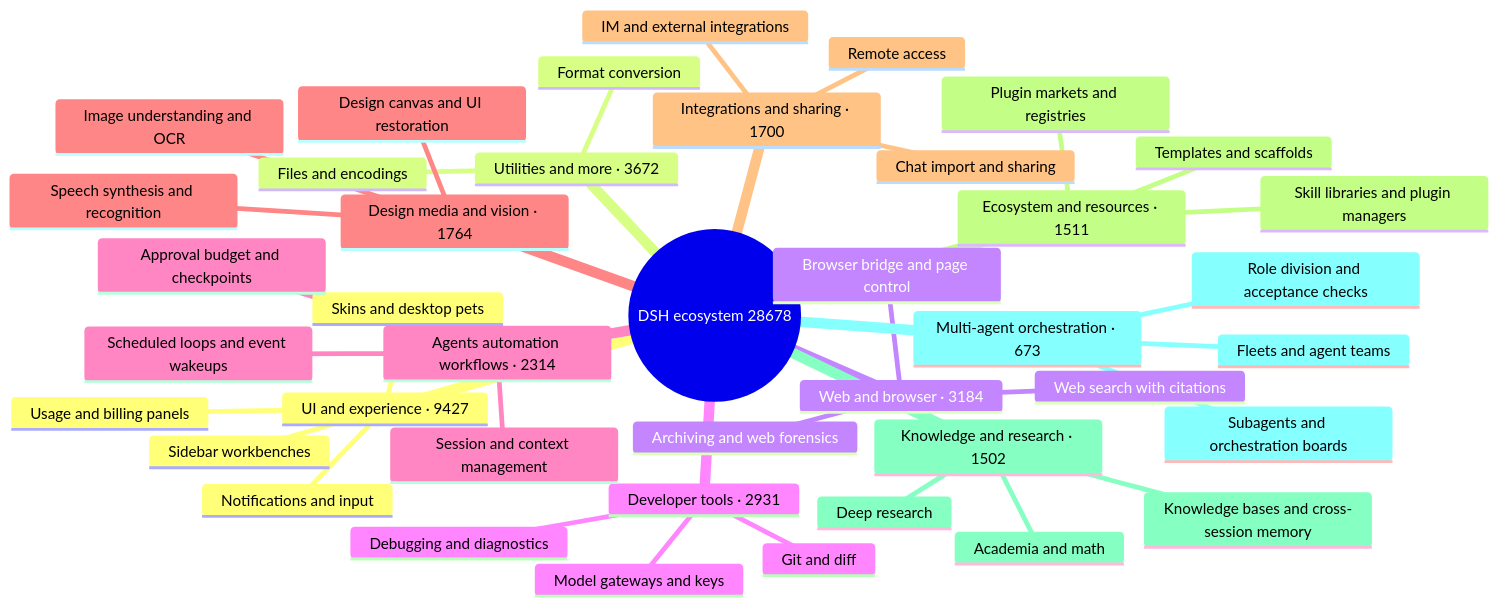
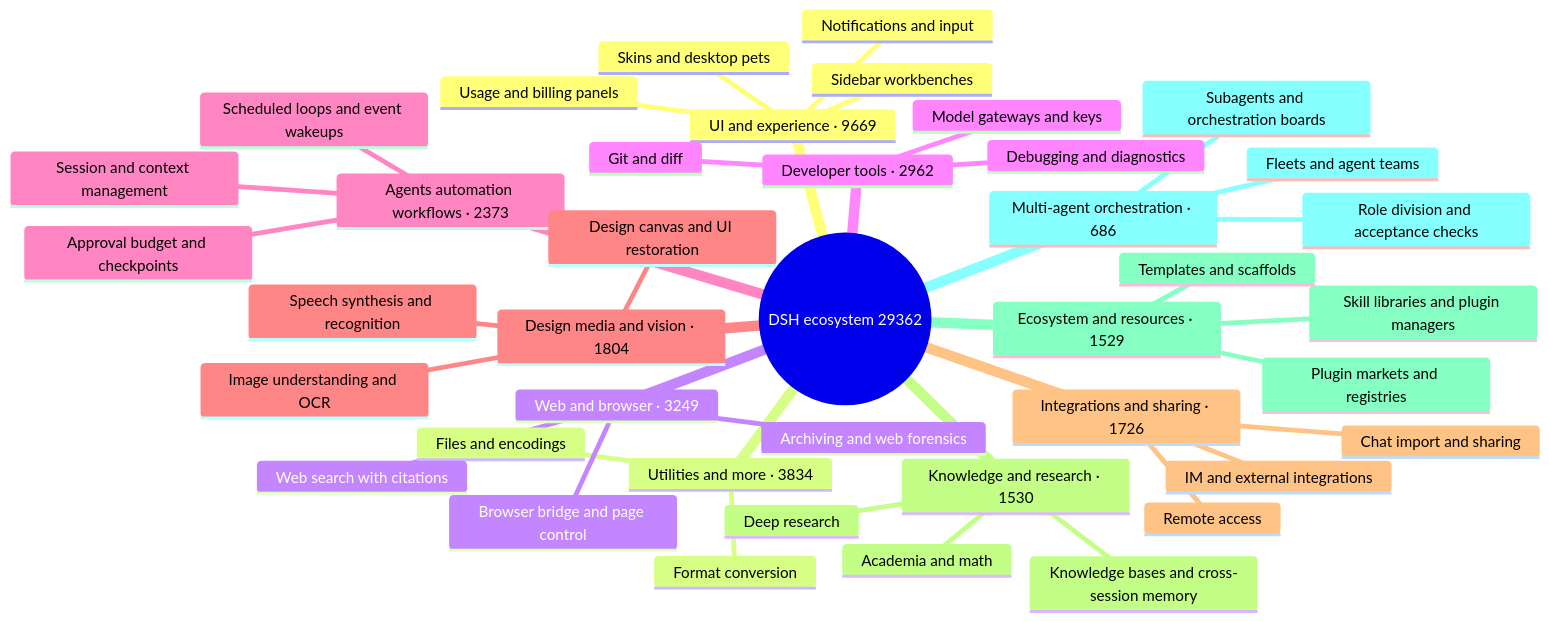
One commit to bruc3van/awesome-dsh-plugin changed the diagram in README_EN.md. Above: the diagram before and after it, drawn with Mermaid. The commit also changed other lines of this file and 27 other files, not shown here.

````diff
--- a/README_EN.md
+++ b/README_EN.md
@@ -40,44 +40,44 @@
 ```mermaid
 mindmap
-  root((DSH ecosystem 28678))
-    UI and experience · 9427
+  root((DSH ecosystem 29362))
+    UI and experience · 9669
       Usage and billing panels
       Sidebar workbenches
       Skins and desktop pets
       Notifications and input
-    Utilities and more · 3672
+    Utilities and more · 3834
       Files and encodings
       Format conversion
-    Web and browser · 3184
+    Web and browser · 3249
       Browser bridge and page control
       Web search with citations
       Archiving and web forensics
-    Developer tools · 2931
+    Developer tools · 2962
       Git and diff
       Model gateways and keys
       Debugging and diagnostics
-    Agents automation workflows · 2314
+    Agents automation workflows · 2373
       Session and context management
       Scheduled loops and event wakeups
       Approval budget and checkpoints
-    Design media and vision · 1764
+    Design media and vision · 1804
       Image understanding and OCR
       Design canvas and UI restoration
       Speech synthesis and recognition
-    Integrations and sharing · 1700
+    Integrations and sharing · 1726
       Chat import and sharing
       Remote access
       IM and external integrations
-    Ecosystem and resources · 1511
+    Knowledge and research · 1530
+      Knowledge bases and cross-session memory
+      Deep research
+      Academia and math
+    Ecosystem and resources · 1529
       Plugin markets and registries
       Skill libraries and plugin managers
       Templates and scaffolds
-    Knowledge and research · 1502
-      Knowledge bases and cross-session memory
-      Deep research
-      Academia and math
-    Multi-agent orchestration · 673
+    Multi-agent orchestration · 686
       Subagents and orchestration boards
       Fleets and agent teams
       Role division and acceptance checks
 ```
````
